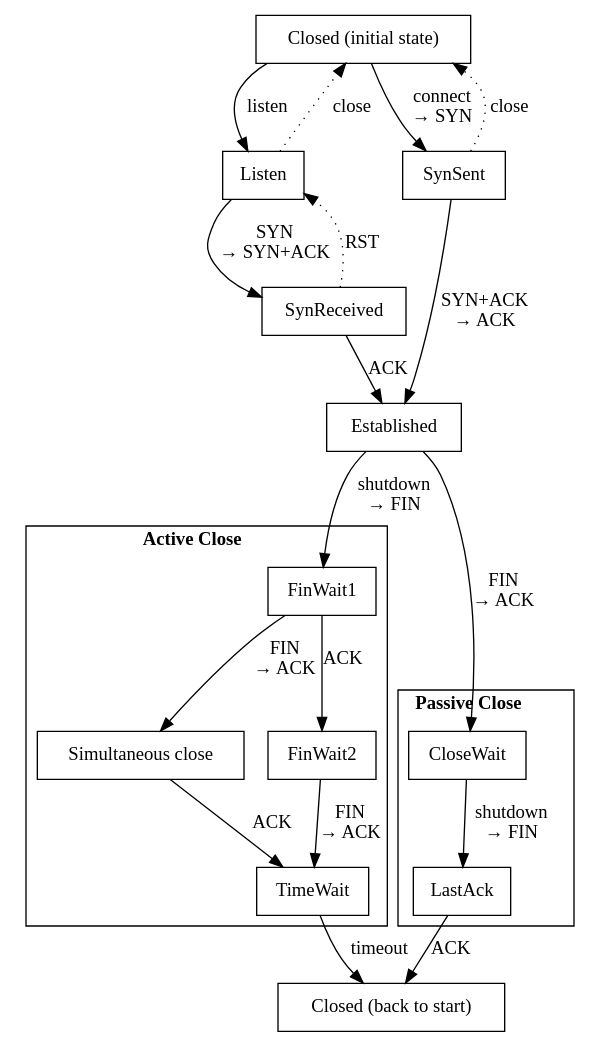
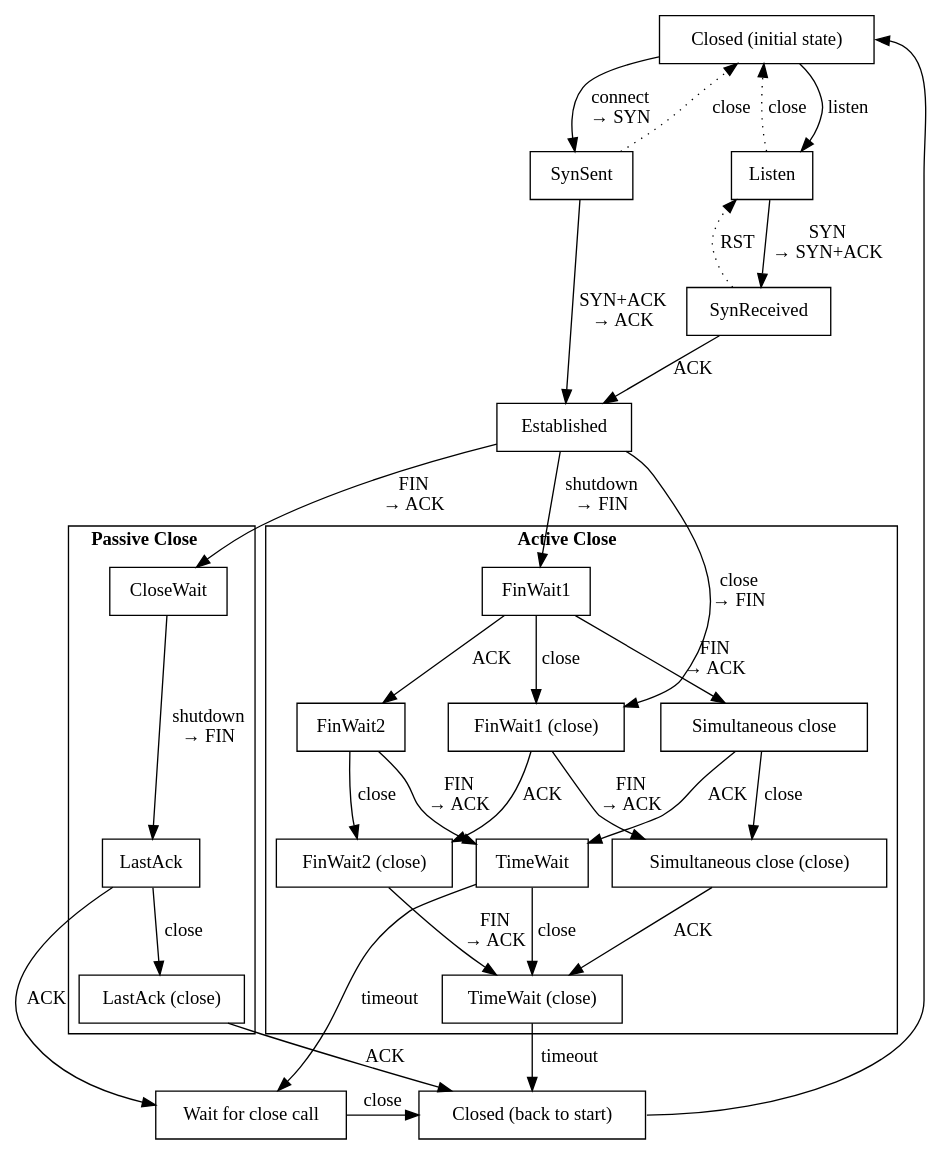
The diagram in docs/state.dot (Dentosal/tcpstate), drawn with Graphviz before and after one commit. The commit also changed 1 other file, not shown here.

Commit message:
Add close() to state transition graph

```diff
--- a/docs/state.dot
+++ b/docs/state.dot
@@ -1,58 +1,94 @@
 // dot -Tsvg -o images/state.svg state.dot
 
 digraph A {
     node [shape=rect];
+    newrank=true;
 
-    Closed [label="Closed (initial state)"]
+    Closed [label="Closed (initial state)", group=middle]
+    Established [group=middle]
 
     Closed -> Listen [label="listen"]
     Closed -> SynSent [label="connect\n&rarr; SYN"]
 
     Listen -> SynReceived [label="SYN\n&rarr; SYN+ACK"]
     Listen -> Closed [label="close", style=dotted]
     SynReceived -> Listen [label="RST", style=dotted]
     SynReceived -> Established [label="ACK"]
 
     SynSent -> Established [label="SYN+ACK\n&rarr; ACK"]
     SynSent -> Closed [label="close", style=dotted]
 
+
     // s{0,1,2} = our FIN no/send/ack?
     // f{0,2} = their FIN no/ack?
+    // c{?} = variant with close called
     // w{?} = variant enters timewait
     //
     // s0f0 = Established
 
 	subgraph cluster_pc {
 		label = < <b>Passive Close</b> >;
 
         s0f2 [label="CloseWait"]
         s1f2 [label="LastAck"]
+        s1f2c [label="LastAck (close)"]
     }
 
     subgraph cluster_ac {
 		label = < <b>Active Close</b> >;
 
-        s1f0w [label="FinWait1"]
-        s1f2w [label="Simultaneous close"]
-        s2f0w [label="FinWait2"]
-        s2f2w [label="TimeWait"]
+        s1f0w [label="FinWait1", group=1]
+        s1f0wc [label="FinWait1 (close)", group=1]
+
+        s2f0w [label="FinWait2", group=2]
+        s2f0wc [label="FinWait2 (close)", group=2]
+
+        s1f2w [label="Simultaneous close", group=3]
+        s1f2wc [label="Simultaneous close (close)", group=3]
+
+        s2f2w [label="TimeWait", group=c]
+        s2f2wc [label="TimeWait (close)", group=c]
 	}
 
-    s2f2 [label="Closed (back to start)"]
+    {
+        rank=same;
+        s2f2 [label="Wait for close call"]
+        s2f2c [label="Closed (back to start)", group=c]
+    }
+
+    {
+        // Align clusters
+        rank=same;
+        s0f2
+        s1f0w
+    }
 
     Established -> s1f0w [label="shutdown\n&rarr; FIN"]
-
-
+    Established -> s1f0wc [label="close\n&rarr; FIN"]
     Established -> s0f2 [label="FIN\n&rarr; ACK"]
 
     s1f0w -> s1f2w [label="FIN\n&rarr; ACK"]
     s2f0w -> s2f2w [label="FIN\n&rarr; ACK"]
-
     s1f2 -> s2f2 [label="ACK"]
     s1f0w -> s2f0w [label="ACK"]
     s1f2w -> s2f2w [label="ACK"]
-
     s0f2 -> s1f2 [label="shutdown\n&rarr; FIN"]
 
+    s1f0w -> s1f0wc [label="close"]
+    s1f2 -> s1f2c [label="close"]
+    s1f2w -> s1f2wc [label="close"]
+    s2f0w -> s2f0wc [label="close"]
+    s2f2 -> s2f2c [label="close"]
+    s2f2w -> s2f2wc [label="close"]
+
+    s1f0wc -> s1f2wc [label="FIN\n&rarr; ACK"]
+    s2f0wc -> s2f2wc [label="FIN\n&rarr; ACK"]
+    s1f2c -> s2f2c [label="ACK"]
+    s1f0wc -> s2f0wc [label="ACK"]
+    s1f2wc -> s2f2wc [label="ACK"]
+
     s2f2w -> s2f2 [label="timeout"]
+    s2f2wc -> s2f2c [label="timeout"]
+
+    s2f2c -> Closed [tailport=e,headport=e]
 }
```
